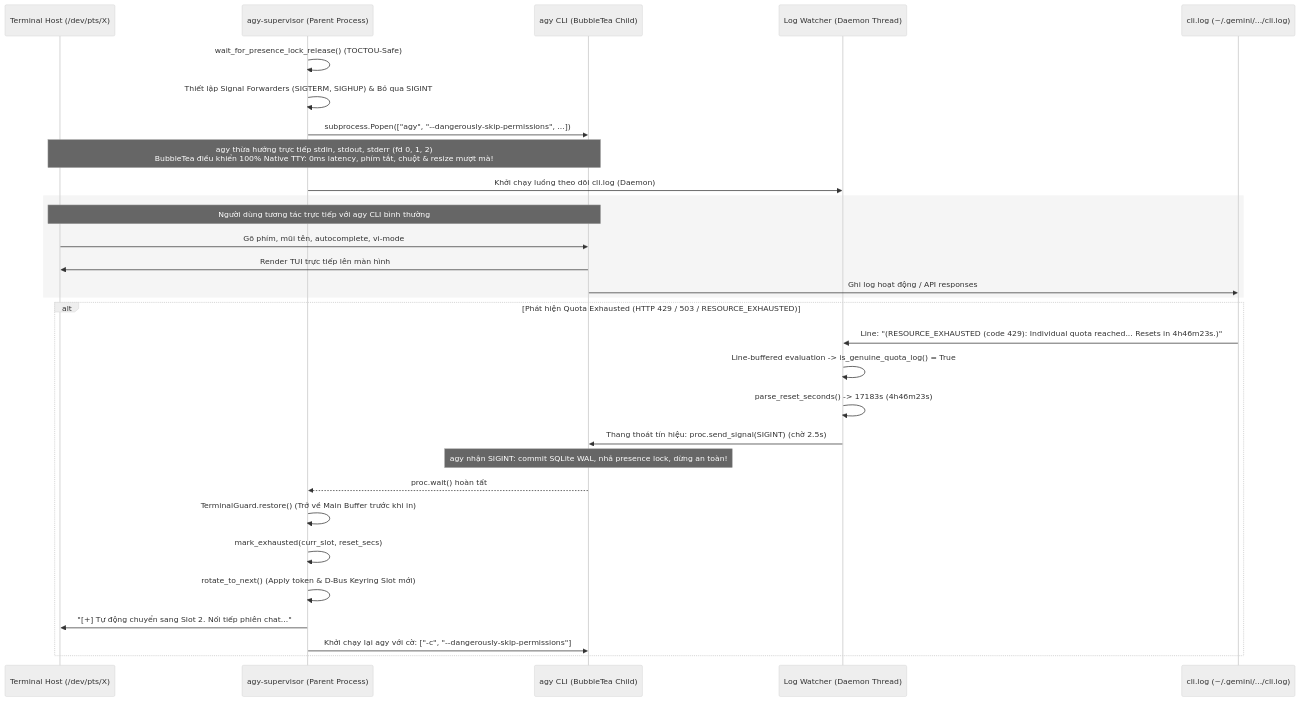
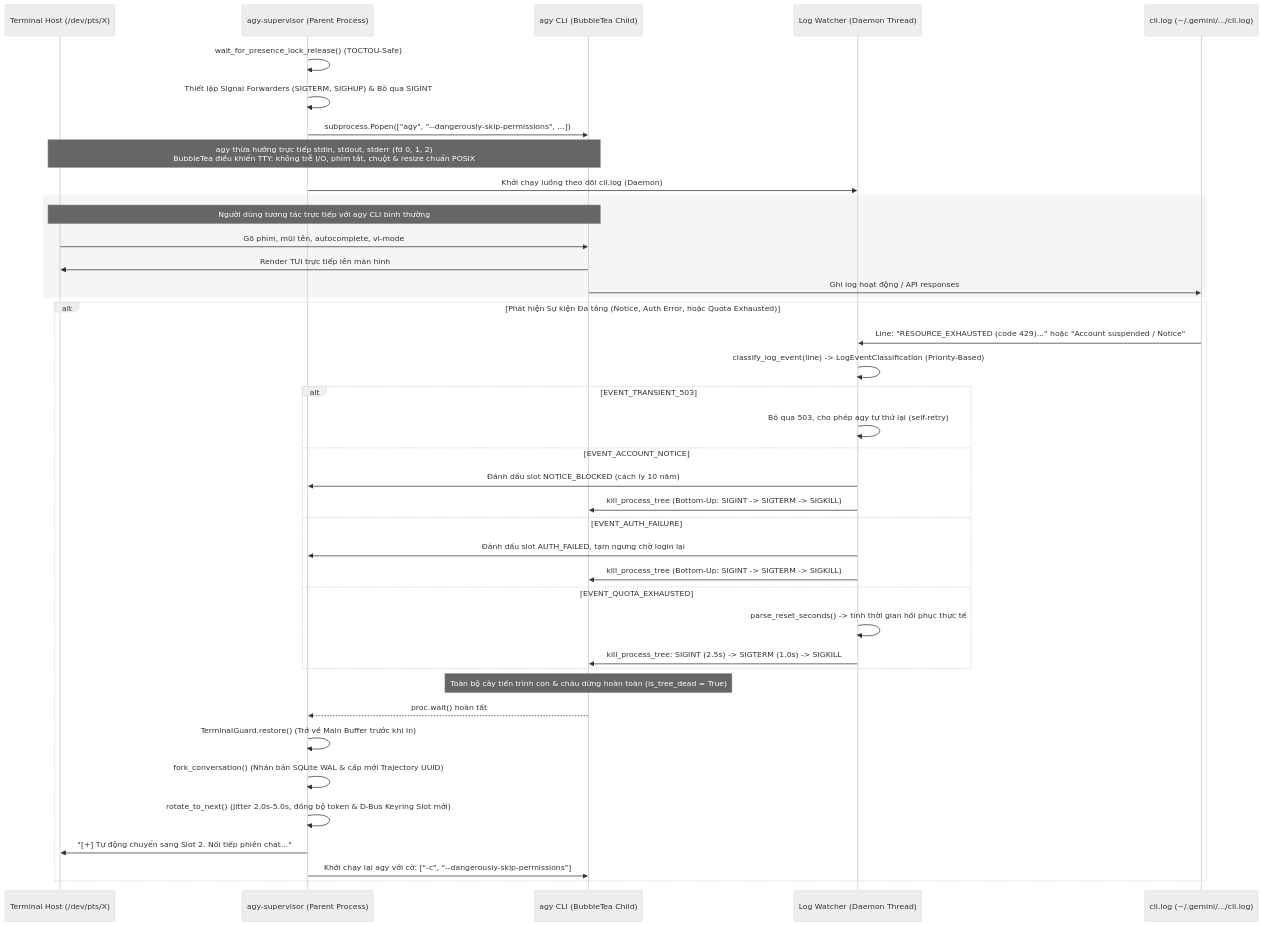
One commit to Tc3s/Gr33d-4gy changed the diagram in docs/ARCHITECTURE.md. Above: the diagram before and after it, drawn with Mermaid (neutral theme). The commit also changed other lines of this file and 44 other files, not shown here.

````diff
--- a/docs/ARCHITECTURE.md
+++ b/docs/ARCHITECTURE.md
@@ -21,36 +21,46 @@
 ```mermaid
 sequenceDiagram
     participant User as Terminal Host (/dev/pts/X)
     participant Supervisor as agy-supervisor (Parent Process)
     participant agy as agy CLI (BubbleTea Child)
     participant Watcher as Log Watcher (Daemon Thread)
     participant Log as cli.log (~/.gemini/.../cli.log)
 
     Supervisor->>Supervisor: wait_for_presence_lock_release() (TOCTOU-Safe)
     Supervisor->>Supervisor: Thiết lập Signal Forwarders (SIGTERM, SIGHUP) & Bỏ qua SIGINT
     Supervisor->>agy: subprocess.Popen(["agy", "--dangerously-skip-permissions", ...])
-    Note over agy, User: agy thừa hưởng trực tiếp stdin, stdout, stderr (fd 0, 1, 2)<br/>BubbleTea điều khiển 100% Native TTY: 0ms latency, phím tắt, chuột & resize mượt mà!
+    Note over agy, User: agy thừa hưởng trực tiếp stdin, stdout, stderr (fd 0, 1, 2)<br/>BubbleTea điều khiển TTY: không trễ I/O, phím tắt, chuột & resize chuẩn POSIX
     
     Supervisor->>Watcher: Khởi chạy luồng theo dõi cli.log (Daemon)
     
     rect rgb(245, 245, 245)
         Note over User, agy: Người dùng tương tác trực tiếp với agy CLI bình thường
         User->>agy: Gõ phím, mũi tên, autocomplete, vi-mode
         agy->>User: Render TUI trực tiếp lên màn hình
         agy->>Log: Ghi log hoạt động / API responses
     end
 
-    alt Phát hiện Quota Exhausted (HTTP 429 / 503 / RESOURCE_EXHAUSTED)
-        Log->>Watcher: Line: "(RESOURCE_EXHAUSTED (code 429): Individual quota reached... Resets in 4h46m23s.)"
-        Watcher->>Watcher: Line-buffered evaluation -> is_genuine_quota_log() = True
-        Watcher->>Watcher: parse_reset_seconds() -> 17183s (4h46m23s)
-        Watcher->>agy: Thang thoát tín hiệu: proc.send_signal(SIGINT) (chờ 2.5s)
-        Note over agy: agy nhận SIGINT: commit SQLite WAL, nhả presence lock, dừng an toàn!
+    alt Phát hiện Sự kiện Đa tầng (Notice, Auth Error, hoặc Quota Exhausted)
+        Log->>Watcher: Line: "RESOURCE_EXHAUSTED (code 429)..." hoặc "Account suspended / Notice"
+        Watcher->>Watcher: classify_log_event(line) -> LogEventClassification (Priority-Based)
+        alt EVENT_TRANSIENT_503
+            Watcher->>Watcher: Bỏ qua 503, cho phép agy tự thử lại (self-retry)
+        else EVENT_ACCOUNT_NOTICE
+            Watcher->>Supervisor: Đánh dấu slot NOTICE_BLOCKED (cách ly 10 năm)
+            Watcher->>agy: kill_process_tree (Bottom-Up: SIGINT -> SIGTERM -> SIGKILL)
+        else EVENT_AUTH_FAILURE
+            Watcher->>Supervisor: Đánh dấu slot AUTH_FAILED, tạm ngưng chờ login lại
+            Watcher->>agy: kill_process_tree (Bottom-Up: SIGINT -> SIGTERM -> SIGKILL)
+        else EVENT_QUOTA_EXHAUSTED
+            Watcher->>Watcher: parse_reset_seconds() -> tính thời gian hồi phục thực tế
+            Watcher->>agy: kill_process_tree: SIGINT (2.5s) -> SIGTERM (1.0s) -> SIGKILL
+        end
+        Note over agy: Toàn bộ cây tiến trình con & cháu dừng hoàn toàn (is_tree_dead = True)
         agy-->>Supervisor: proc.wait() hoàn tất
         Supervisor->>Supervisor: TerminalGuard.restore() (Trở về Main Buffer trước khi in)
-        Supervisor->>Supervisor: mark_exhausted(curr_slot, reset_secs)
-        Supervisor->>Supervisor: rotate_to_next() (Apply token & D-Bus Keyring Slot mới)
+        Supervisor->>Supervisor: fork_conversation() (Nhân bản SQLite WAL & cấp mới Trajectory UUID)
+        Supervisor->>Supervisor: rotate_to_next() (Jitter 2.0s-5.0s, đồng bộ token & D-Bus Keyring Slot mới)
         Supervisor->>User: "[+] Tự động chuyển sang Slot 2. Nối tiếp phiên chat..."
         Supervisor->>agy: Khởi chạy lại agy với cờ: ["-c", "--dangerously-skip-permissions"]
     end
 ```
````
